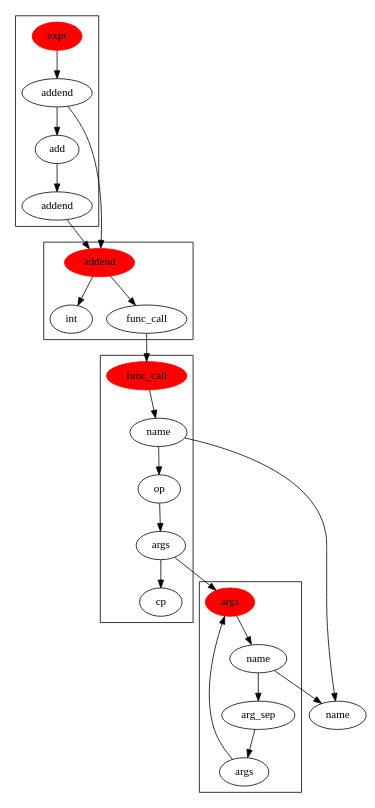
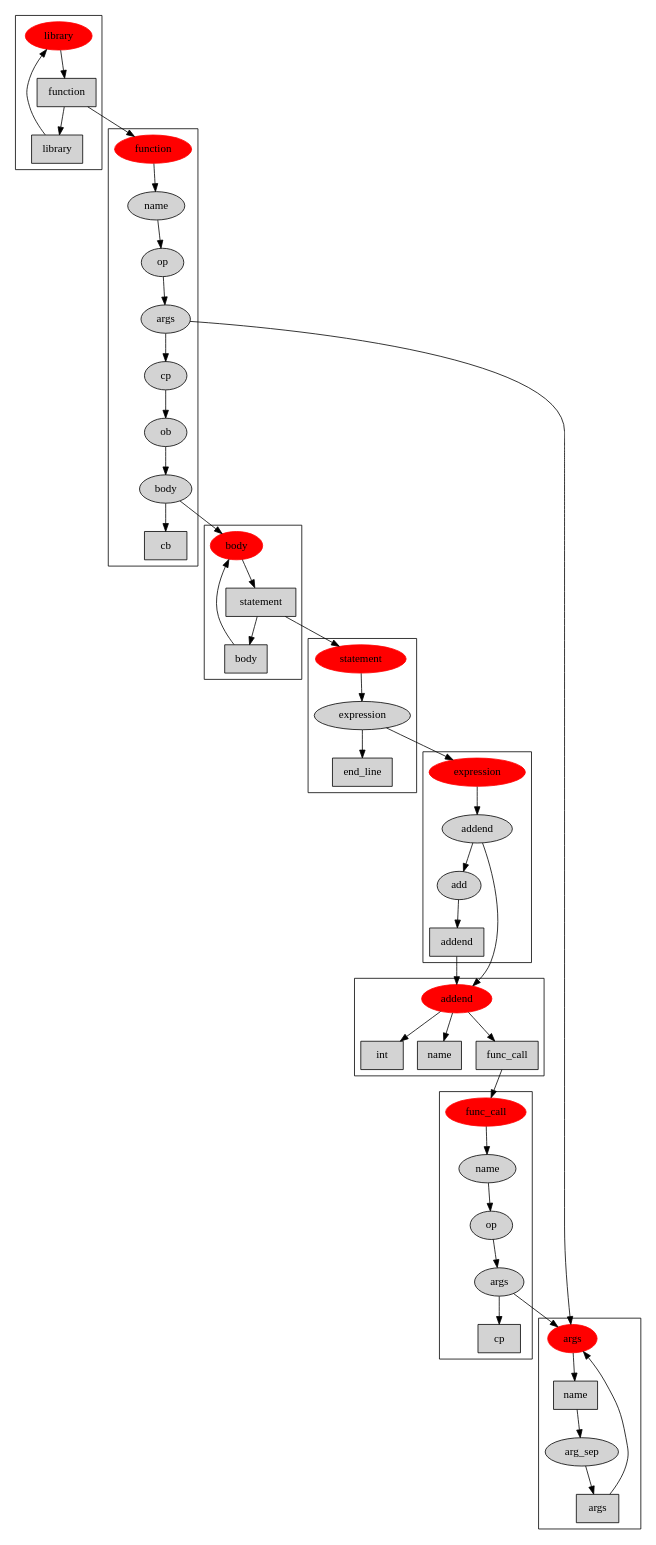
One commit to sebwyn/seb_lang changed the diagram in ast.dot. Above: the diagram before and after it, drawn with Graphviz. The commit also changed 8 other files, not shown here.

```diff
--- a/ast.dot
+++ b/ast.dot
@@ -1,45 +1,90 @@
 digraph AST {
-	subgraph cluster_expr {
-		expr [style = filled; color = red;]
-		expr_1 [label = "addend"]
-		expr_2 [label = "add"]
-		expr_3 [label = "addend"]
-		expr -> expr_1
-		expr_1 -> expr_2
-		expr_2 -> expr_3
+	subgraph cluster_function {
+		function [style = filled; color = red;]
+		function_1 [label = "name"; style = filled; shape = "ellipse"]
+		function_2 [label = "op"; style = filled; shape = "ellipse"]
+		function_3 [label = "args"; style = filled; shape = "ellipse"]
+		function_4 [label = "cp"; style = filled; shape = "ellipse"]
+		function_5 [label = "ob"; style = filled; shape = "ellipse"]
+		function_6 [label = "body"; style = filled; shape = "ellipse"]
+		function_7 [label = "cb"; style = filled; shape = "box"]
+		function -> function_1
+		function_1 -> function_2
+		function_2 -> function_3
+		function_3 -> function_4
+		function_4 -> function_5
+		function_5 -> function_6
+		function_6 -> function_7
 		}
-	expr_1 -> addend
-	expr_3 -> addend
-	subgraph cluster_args {
-		args [style = filled; color = red;]
-		args_1 [label = "name"]
-		args_2 [label = "arg_sep"]
-		args_3 [label = "args"]
-		args -> args_1
-		args_1 -> args_2
-		args_2 -> args_3
+	function_3 -> args
+	function_6 -> body
+	subgraph cluster_body {
+		body [style = filled; color = red;]
+		body_1 [label = "statement"; style = filled; shape = "box"]
+		body_2 [label = "body"; style = filled; shape = "box"]
+		body -> body_1
+		body_1 -> body_2
 		}
-	args_1 -> name
-	args_3 -> args
+	body_1 -> statement
+	body_2 -> body
 	subgraph cluster_addend {
 		addend [style = filled; color = red;]
-		addend_1 [label = "int"]
-		addend_2 [label = "func_call"]
+		addend_1 [label = "int"; style = filled; shape = "box"]
+		addend_2 [label = "name"; style = filled; shape = "box"]
+		addend_3 [label = "func_call"; style = filled; shape = "box"]
 		addend -> addend_1
 		addend -> addend_2
+		addend -> addend_3
 		}
-	addend_2 -> func_call
+	addend_3 -> func_call
 	subgraph cluster_func_call {
 		func_call [style = filled; color = red;]
-		func_call_1 [label = "name"]
-		func_call_2 [label = "op"]
-		func_call_3 [label = "args"]
-		func_call_4 [label = "cp"]
+		func_call_1 [label = "name"; style = filled; shape = "ellipse"]
+		func_call_2 [label = "op"; style = filled; shape = "ellipse"]
+		func_call_3 [label = "args"; style = filled; shape = "ellipse"]
+		func_call_4 [label = "cp"; style = filled; shape = "box"]
 		func_call -> func_call_1
 		func_call_1 -> func_call_2
 		func_call_2 -> func_call_3
 		func_call_3 -> func_call_4
 		}
-	func_call_1 -> name
 	func_call_3 -> args
+	subgraph cluster_library {
+		library [style = filled; color = red;]
+		library_1 [label = "function"; style = filled; shape = "box"]
+		library_2 [label = "library"; style = filled; shape = "box"]
+		library -> library_1
+		library_1 -> library_2
+		}
+	library_1 -> function
+	library_2 -> library
+	subgraph cluster_statement {
+		statement [style = filled; color = red;]
+		statement_1 [label = "expression"; style = filled; shape = "ellipse"]
+		statement_2 [label = "end_line"; style = filled; shape = "box"]
+		statement -> statement_1
+		statement_1 -> statement_2
+		}
+	statement_1 -> expression
+	subgraph cluster_expression {
+		expression [style = filled; color = red;]
+		expression_1 [label = "addend"; style = filled; shape = "ellipse"]
+		expression_2 [label = "add"; style = filled; shape = "ellipse"]
+		expression_3 [label = "addend"; style = filled; shape = "box"]
+		expression -> expression_1
+		expression_1 -> expression_2
+		expression_2 -> expression_3
+		}
+	expression_1 -> addend
+	expression_3 -> addend
+	subgraph cluster_args {
+		args [style = filled; color = red;]
+		args_1 [label = "name"; style = filled; shape = "box"]
+		args_2 [label = "arg_sep"; style = filled; shape = "ellipse"]
+		args_3 [label = "args"; style = filled; shape = "box"]
+		args -> args_1
+		args_1 -> args_2
+		args_2 -> args_3
+		}
+	args_3 -> args
 }
```
